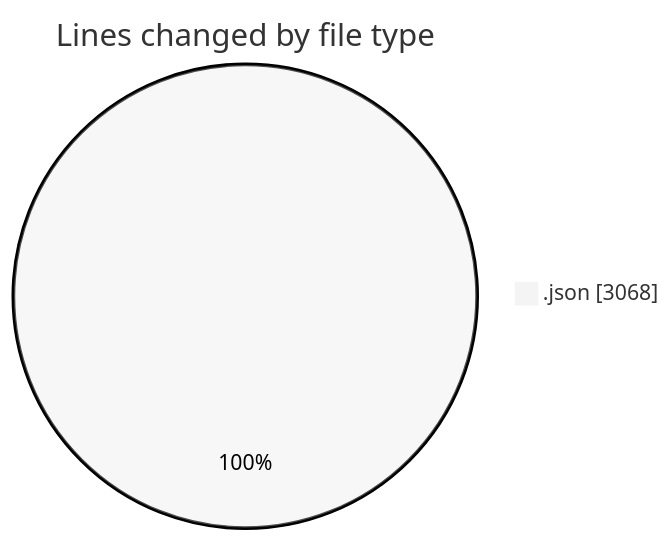
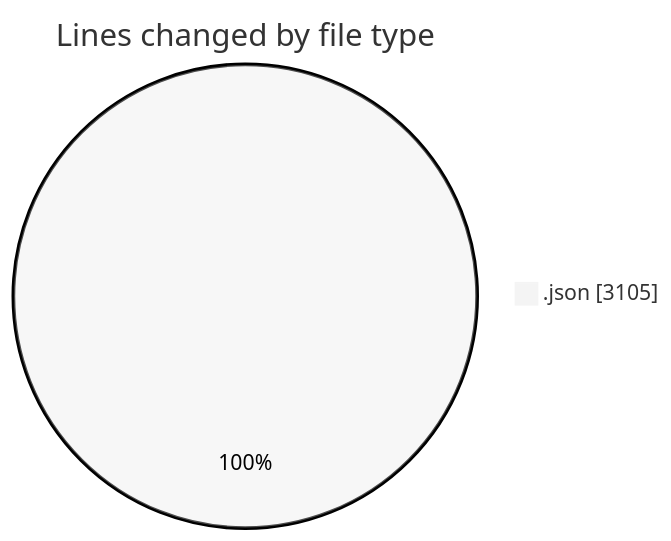
The first of 2 diagrams in 2025-08-06/_claude/README.md (EIIisD/code-tracking), drawn with Mermaid (neutral theme) before and after one commit. The commit also changed other lines of this file and 1 other file, not shown here.

````diff
--- a/2025-08-06/_claude/README.md
+++ b/2025-08-06/_claude/README.md
@@ -21,5 +21,5 @@
 ```mermaid
 pie showData
 title Lines changed by file type
-".json" : 3068
+".json" : 3105
 ```
````
